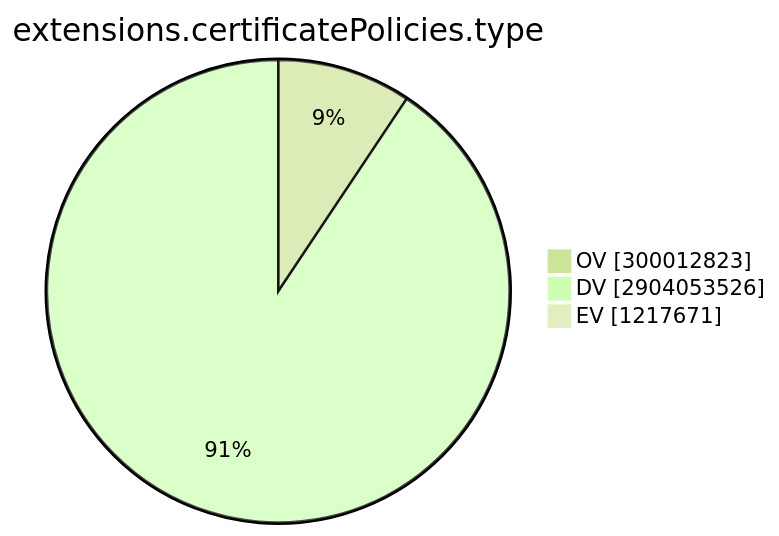
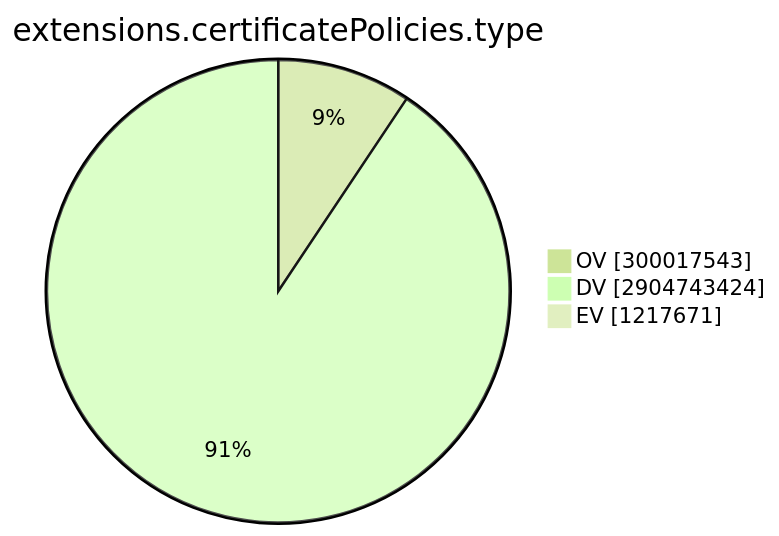
One commit to christiankrug/ctmonitor_visualization changed the ninth of 15 diagrams in TOTAL/README.md. Above: the diagram before and after it, drawn with Mermaid (forest theme). The commit also changed other lines of this file, not shown here.

````diff
--- a/TOTAL/README.md
+++ b/TOTAL/README.md
@@ -3101,7 +3101,7 @@
 ```mermaid
 pie showData
 title extensions.certificatePolicies.type
-"OV" :300012823
-"DV" :2904053526
+"OV" :300017543
+"DV" :2904743424
 "EV" :1217671
 ```
````
